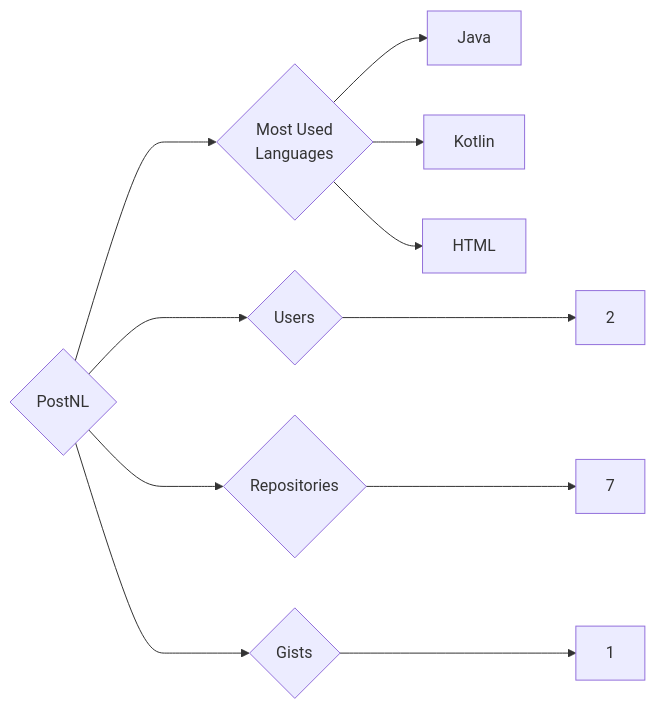
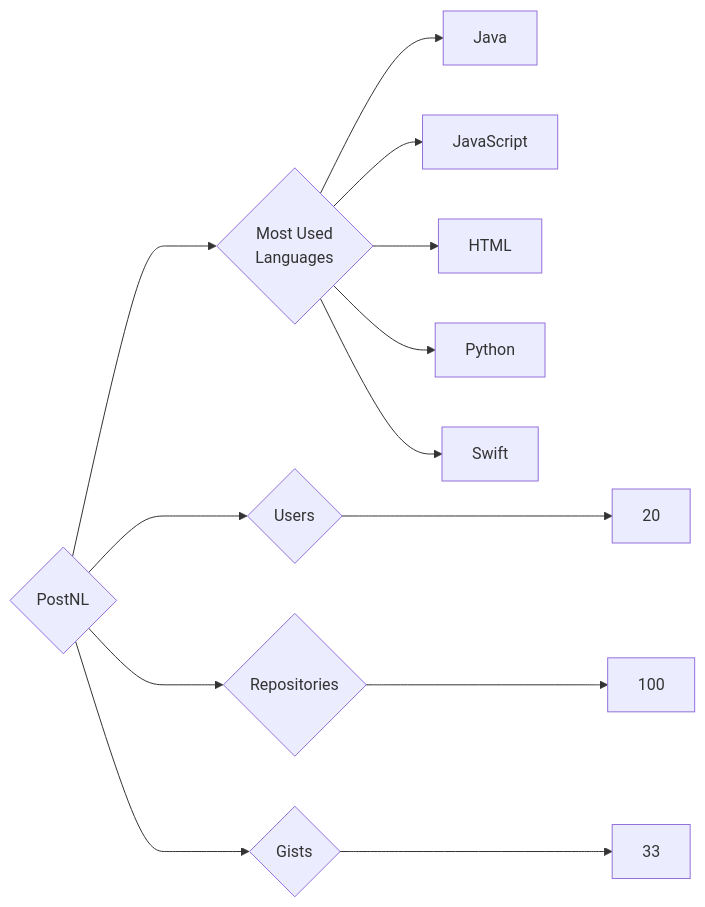
The diagram in targets/PostNL/README.md (trickest/insiders), drawn with Mermaid before and after one commit. The commit also changed 597 other files, not shown here.

````diff
--- a/targets/PostNL/README.md
+++ b/targets/PostNL/README.md
@@ -3,11 +3,13 @@
 ```mermaid
 graph LR
 COMPANY_NAME{PostNL}
-COMPANY_NAME ---> U{Users} ---> UN[2]
-COMPANY_NAME ---> R{Repositories} ---> RN[7]
-COMPANY_NAME ---> G{Gists} ---> GN[1]
+COMPANY_NAME ---> U{Users} ---> UN[20]
+COMPANY_NAME ---> R{Repositories} ---> RN[100]
+COMPANY_NAME ---> G{Gists} ---> GN[33]
 COMPANY_NAME ---> ML{Most Used<br>Languages}
 ML --> Java[Java]
-ML --> Kotlin[Kotlin]
+ML --> JavaScript[JavaScript]
 ML --> HTML[HTML]
+ML --> Python[Python]
+ML --> Swift[Swift]
 ```
````
